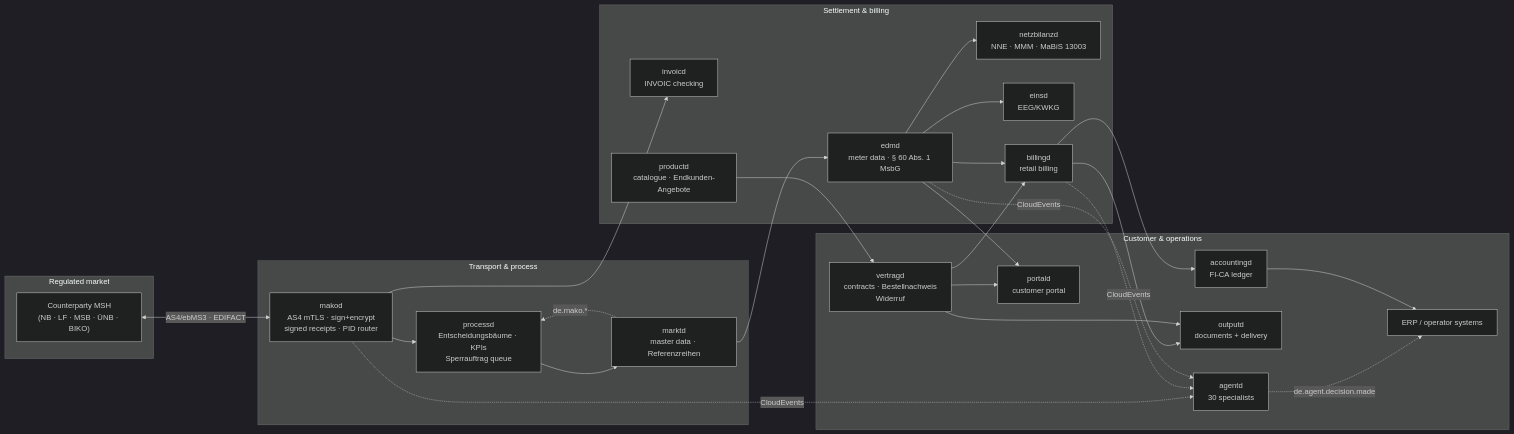
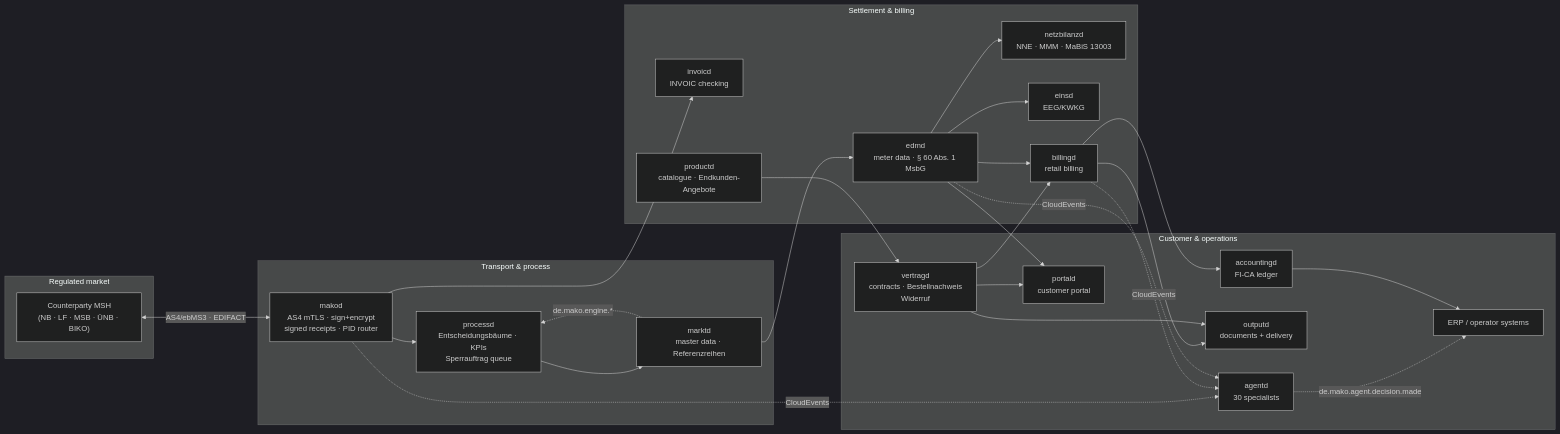
The diagram in README.md (hupe1980/mako), drawn with Mermaid (dark theme) before and after one commit. The commit also changed 379 other files, not shown here.

````diff
--- a/README.md
+++ b/README.md
@@ -79,43 +79,43 @@
 ```mermaid
 flowchart LR
     subgraph Market["Regulated market"]
         MP["Counterparty MSH<br/>(NB · LF · MSB · ÜNB · BIKO)"]
     end
 
     subgraph Transport["Transport & process"]
         MAKOD["makod<br/>AS4 mTLS · sign+encrypt<br/>signed receipts · PID router"]
         PROCESSD["processd<br/>Entscheidungsbäume · KPIs<br/>Sperrauftrag queue"]
         MARKTD["marktd<br/>master data · Referenzreihen"]
     end
 
     subgraph Settlement["Settlement & billing"]
         EDMD["edmd<br/>meter data · § 60 Abs. 1 MsbG"]
         NETZB["netzbilanzd<br/>NNE · MMM · MaBiS 13003"]
         EINSD["einsd<br/>EEG/KWKG"]
         BILLINGD["billingd<br/>retail billing"]
         INVOICD["invoicd<br/>INVOIC checking"]
         PRODUCTD["productd<br/>catalogue · Endkunden-Angebote"]
     end
 
     subgraph Business["Customer & operations"]
         VERTRAGD["vertragd<br/>contracts · Bestellnachweis<br/>Widerruf"]
         ACCOUNTINGD["accountingd<br/>FI-CA ledger"]
         OUTPUTD["outputd<br/>documents + delivery"]
         PORTALD["portald<br/>customer portal"]
         AGENTD["agentd<br/>30 specialists"]
         ERP["ERP / operator systems"]
     end
 
     MP <-->|"AS4/ebMS3 · EDIFACT"| MAKOD
     MAKOD --> PROCESSD --> MARKTD
     MARKTD --> EDMD --> NETZB & EINSD & BILLINGD
     MAKOD --> INVOICD
     PRODUCTD --> VERTRAGD --> BILLINGD
     BILLINGD --> ACCOUNTINGD
     BILLINGD & VERTRAGD --> OUTPUTD
     EDMD & VERTRAGD --> PORTALD
-    MARKTD -.->|"de.mako.*"| PROCESSD
+    MARKTD -.->|"de.mako.engine.*"| PROCESSD
     MAKOD & BILLINGD & EDMD -.->|"CloudEvents"| AGENTD
-    AGENTD -.->|"de.agent.decision.made"| ERP
+    AGENTD -.->|"de.mako.agent.decision.made"| ERP
     ACCOUNTINGD --> ERP
 ```
````
